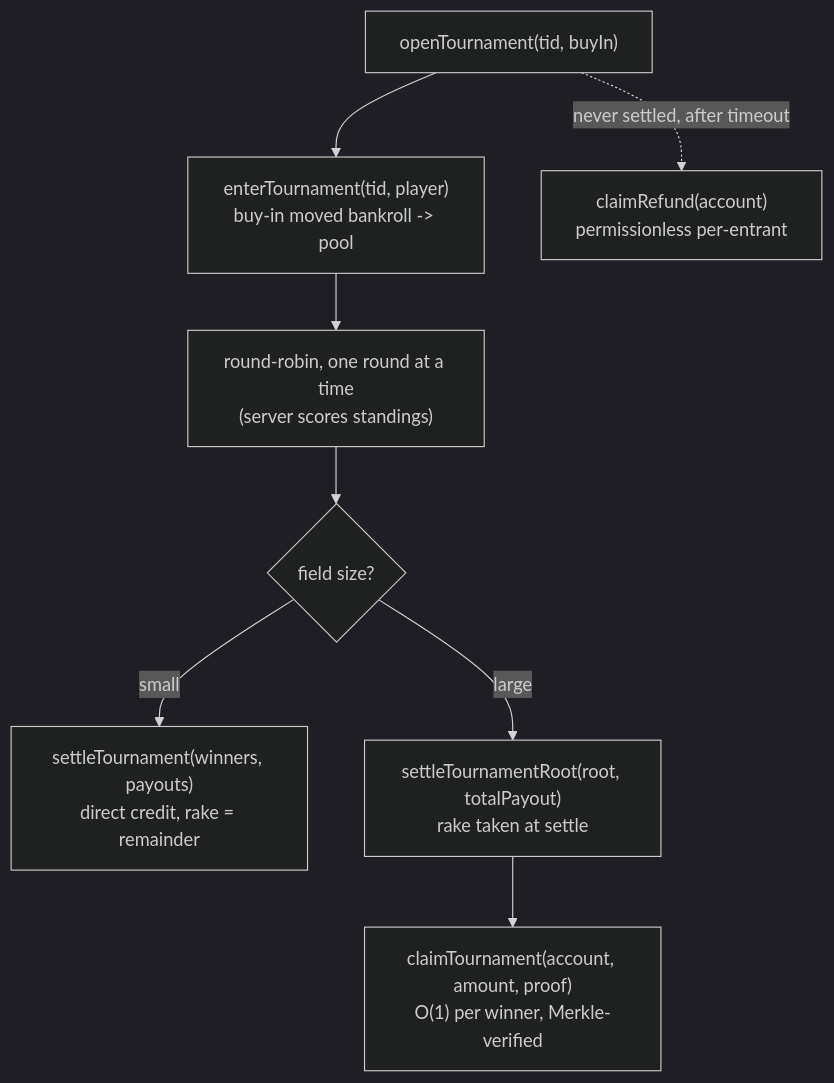
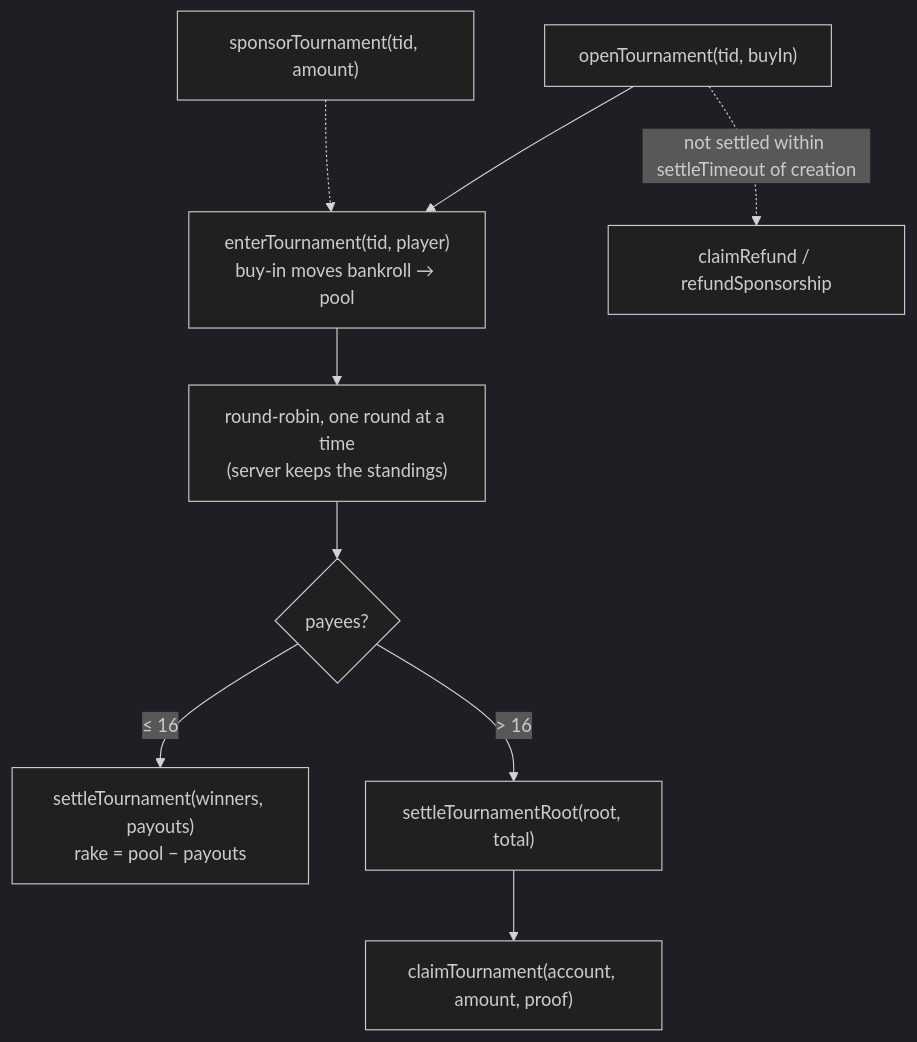
Before and after one commit to vikramarun/openchess: the fourth of 5 diagrams in ARCHITECTURE.md, drawn with Mermaid (dark theme). The commit also changed other lines of this file and 38 other files, not shown here.

````diff
--- a/ARCHITECTURE.md
+++ b/ARCHITECTURE.md
@@ -151,10 +163,11 @@
 ```mermaid
 flowchart TB
-  OPEN["openTournament(tid, buyIn)"] --> ENTER["enterTournament(tid, player)\nbuy-in moved bankroll -> pool"]
-  ENTER --> RUN["round-robin, one round at a time\n(server scores standings)"]
-  RUN --> DONE{field size?}
-  DONE -->|small| DIRECT["settleTournament(winners, payouts)\ndirect credit, rake = remainder"]
-  DONE -->|large| ROOT["settleTournamentRoot(root, totalPayout)\nrake taken at settle"]
-  ROOT --> CLAIM["claimTournament(account, amount, proof)\nO(1) per winner, Merkle-verified"]
-  OPEN -.->|never settled, after timeout| REFUND["claimRefund(account)\npermissionless per-entrant"]
+  OPEN["openTournament(tid, buyIn)"] --> ENTER["enterTournament(tid, player)\nbuy-in moves bankroll → pool"]
+  SPON["sponsorTournament(tid, amount)"] -.-> ENTER
+  ENTER --> RUN["round-robin, one round at a time\n(server keeps the standings)"]
+  RUN --> DONE{payees?}
+  DONE -->|≤ 16| DIRECT["settleTournament(winners, payouts)\nrake = pool − payouts"]
+  DONE -->|> 16| ROOT["settleTournamentRoot(root, total)"]
+  ROOT --> CLAIM["claimTournament(account, amount, proof)"]
+  OPEN -.->|not settled within settleTimeout of creation| REFUND["claimRefund / refundSponsorship"]
 ```
````
